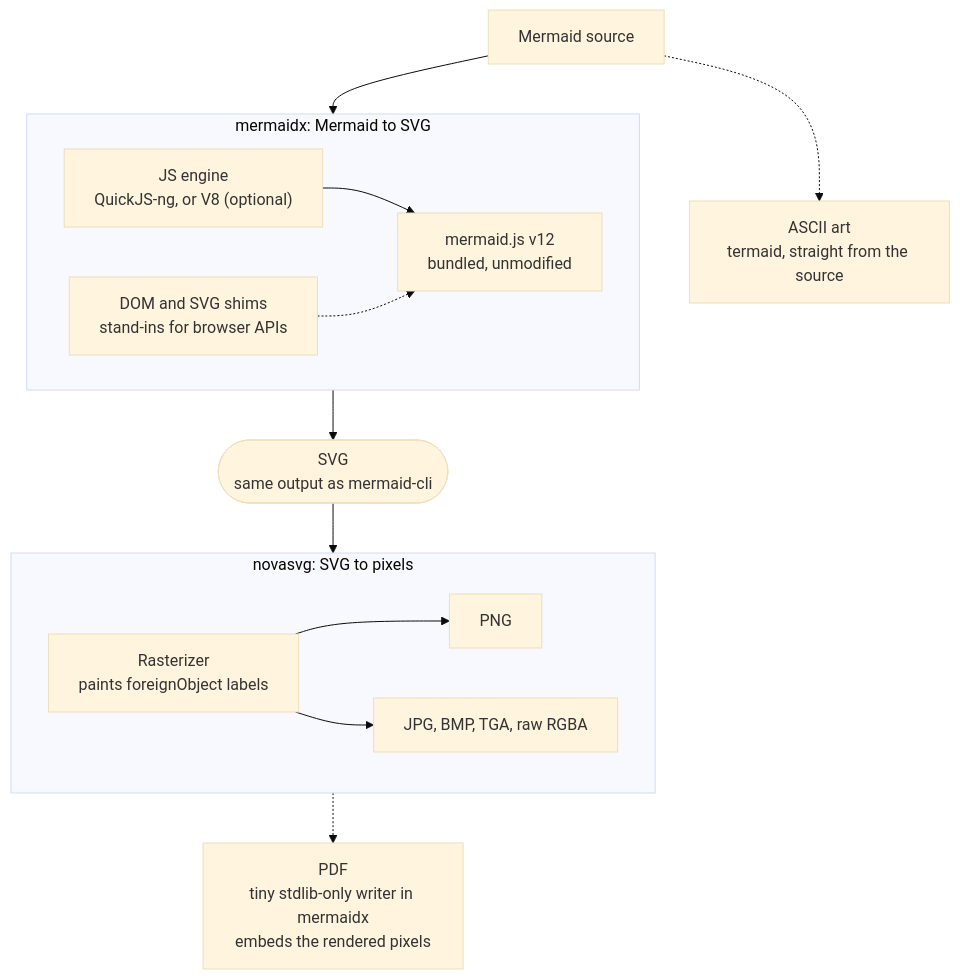
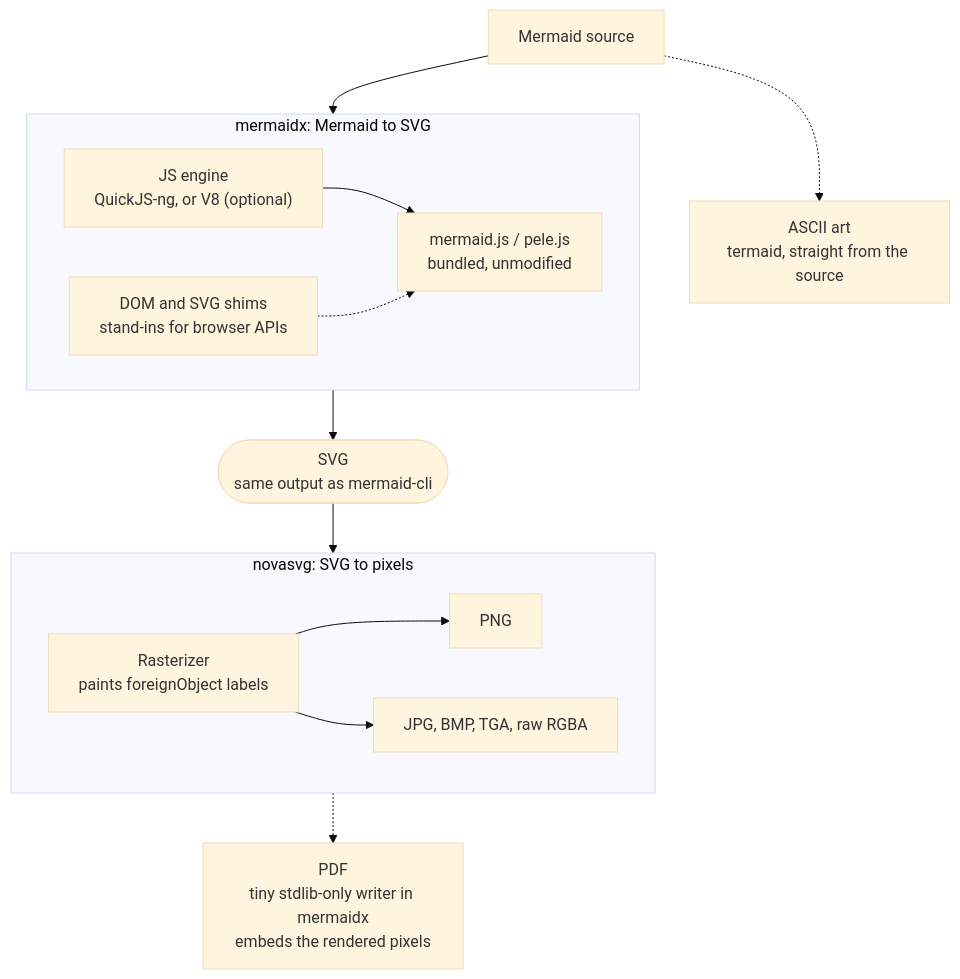
Before and after one commit to MohammadRaziei/mermaidx: the first of 2 diagrams in README.md, drawn with Mermaid (base theme). The commit also changed 3 other files, not shown here.

````diff
--- a/README.md
+++ b/README.md
@@ -108,22 +108,22 @@
 ```mermaid
 flowchart TB
     SRC["Mermaid source"] --> MX
     SRC -.-> ASCII["ASCII art<br/>termaid, straight from the source"]
 
     subgraph MX ["mermaidx: Mermaid to SVG"]
         direction LR
-        JS["JS engine<br/>QuickJS-ng, or V8 (optional)"] --> MJS["mermaid.js v12<br/>bundled, unmodified"]
+        JS["JS engine<br/>QuickJS-ng, or V8 (optional)"] --> MJS["mermaid.js / pele.js<br/>bundled, unmodified"]
         SHIM["DOM and SVG shims<br/>stand-ins for browser APIs"] -.-> MJS
     end
 
     MX --> SVG(["SVG<br/>same output as mermaid-cli"])
     SVG --> RAS
 
     subgraph NS ["novasvg: SVG to pixels"]
         direction LR
         RAS["Rasterizer<br/>paints foreignObject labels"] --> PNG["PNG"]
         RAS --> OTHER["JPG, BMP, TGA, raw RGBA"]
     end
 
     RAS -.-> PDF["PDF<br/>tiny stdlib-only writer in mermaidx<br/>embeds the rendered pixels"]
 ```
````
